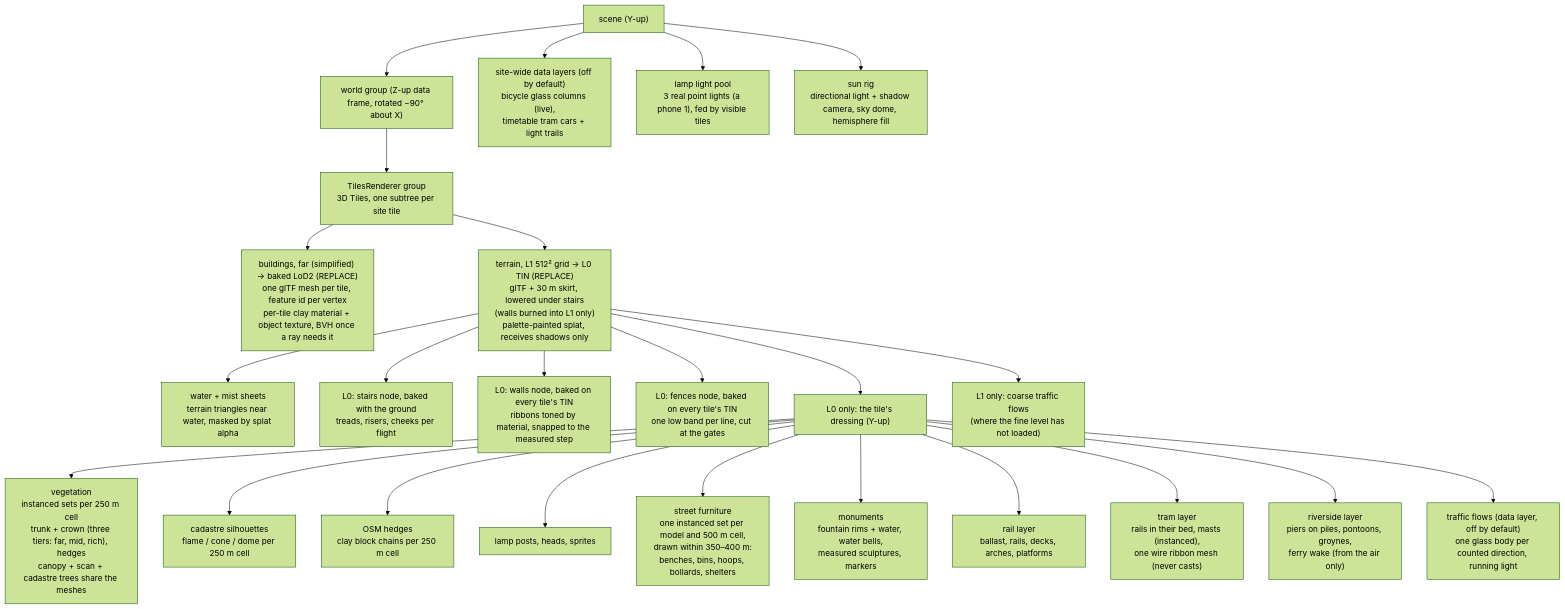
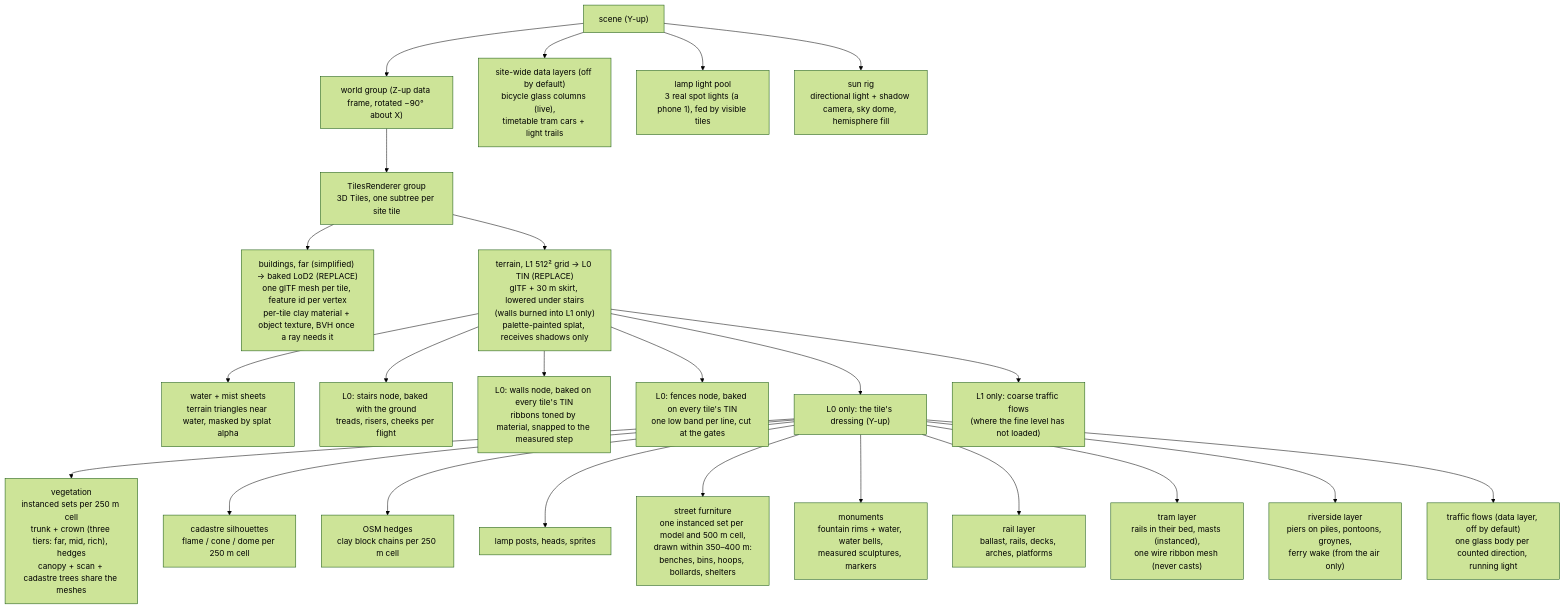
One commit to mdugue/bridge changed the first of 2 diagrams in docs/rendering.md. Above: the diagram before and after it, drawn with Mermaid (forest theme). The commit also changed other lines of this file and 10 other files, not shown here.

````diff
--- a/docs/rendering.md
+++ b/docs/rendering.md
@@ -25,29 +25,29 @@
 ```mermaid
 flowchart TB
   SCENE["scene (Y-up)"]
   WORLD["world group (Z-up data frame, rotated −90° about X)"]
   TILES["TilesRenderer group<br/>3D Tiles, one subtree per site tile"]
   SCENE --> WORLD
   WORLD --> TILES
   TILES --> CITY["buildings, far (simplified) → baked LoD2 (REPLACE)<br/>one glTF mesh per tile, feature id per vertex<br/>per-tile clay material + object texture, BVH once a ray needs it"]
   TILES --> TER["terrain, L1 512² grid → L0 TIN (REPLACE)<br/>glTF + 30 m skirt, lowered under stairs<br/>(walls burned into L1 only)<br/>palette-painted splat, receives shadows only"]
   TER --> WAT["water + mist sheets<br/>terrain triangles near water, masked by splat alpha"]
   TER --> STAIR["L0: stairs node, baked with the ground<br/>treads, risers, cheeks per flight"]
   TER --> WALL["L0: walls node, baked on every tile's TIN<br/>ribbons toned by material, snapped to the measured step"]
   TER --> FENCE["L0: fences node, baked on every tile's TIN<br/>one low band per line, cut at the gates"]
   TER --> DRESS["L0 only: the tile's dressing (Y-up)"]
   DRESS --> VEG["vegetation<br/>instanced sets per 250 m cell<br/>trunk + crown (three tiers: far, mid, rich), hedges<br/>canopy + scan + cadastre trees share the meshes"]
   DRESS --> INV["cadastre silhouettes<br/>flame / cone / dome per 250 m cell"]
   DRESS --> LOW["OSM hedges<br/>clay block chains per 250 m cell"]
   DRESS --> LAMP["lamp posts, heads, sprites"]
   DRESS --> FURN["street furniture<br/>one instanced set per model and 500 m cell,<br/>drawn within 350–400 m:<br/>benches, bins, hoops, bollards, shelters"]
   DRESS --> MON["monuments<br/>fountain rims + water, water bells,<br/>measured sculptures, markers"]
   DRESS --> RAIL["rail layer<br/>ballast, rails, decks, arches, platforms"]
   DRESS --> TRAM["tram layer<br/>rails in their bed, masts (instanced),<br/>one wire ribbon mesh (never casts)"]
   DRESS --> RIV["riverside layer<br/>piers on piles, pontoons, groynes,<br/>ferry wake (from the air only)"]
   DRESS --> TRAF["traffic flows (data layer, off by default)<br/>one glass body per counted direction, running light"]
   TER --> TRAFC["L1 only: coarse traffic flows<br/>(where the fine level has not loaded)"]
   SCENE --> DATA["site-wide data layers (off by default)<br/>bicycle glass columns (live),<br/>timetable tram cars + light trails"]
-  SCENE --> LIGHTS["lamp light pool<br/>3 real point lights (a phone 1), fed by visible tiles"]
+  SCENE --> LIGHTS["lamp light pool<br/>3 real spot lights (a phone 1), fed by visible tiles"]
   SCENE --> SUN["sun rig<br/>directional light + shadow camera, sky dome, hemisphere fill"]
 ```
````
